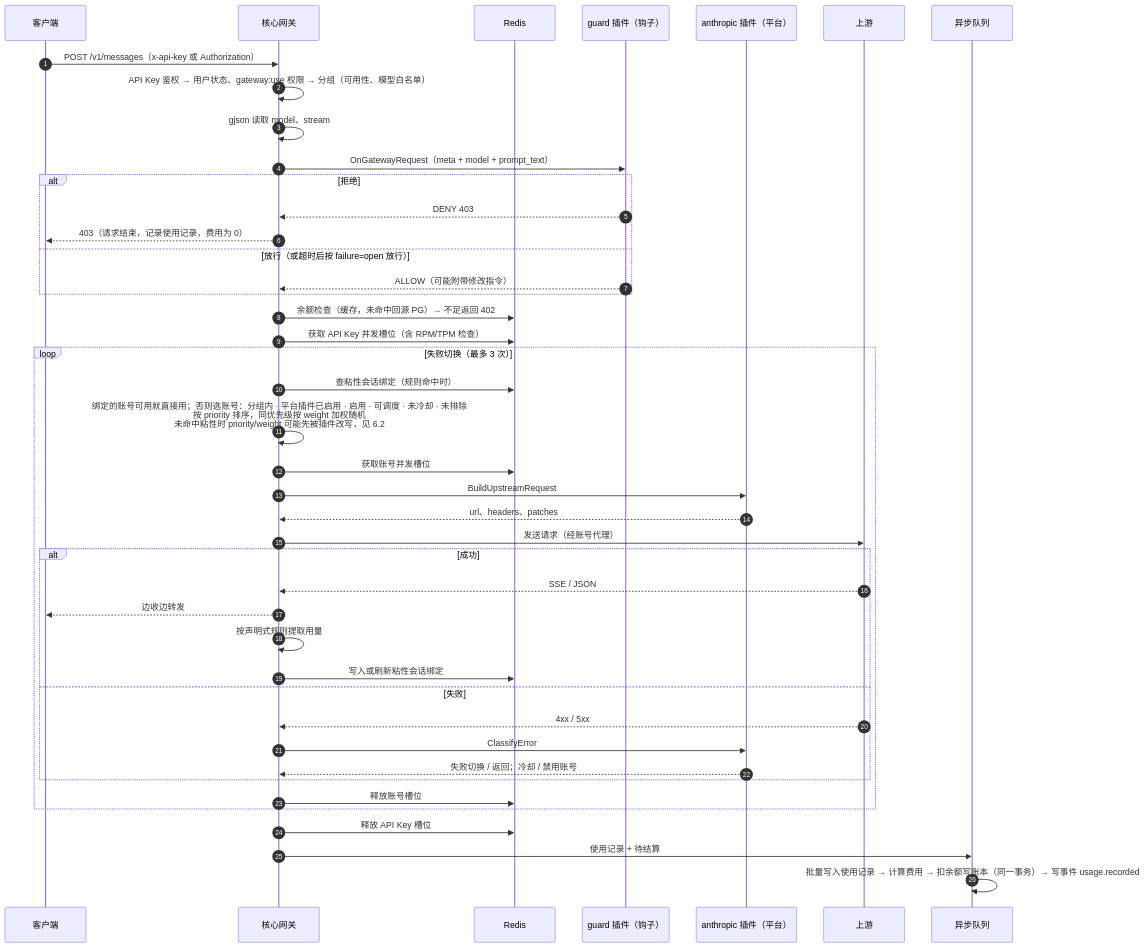
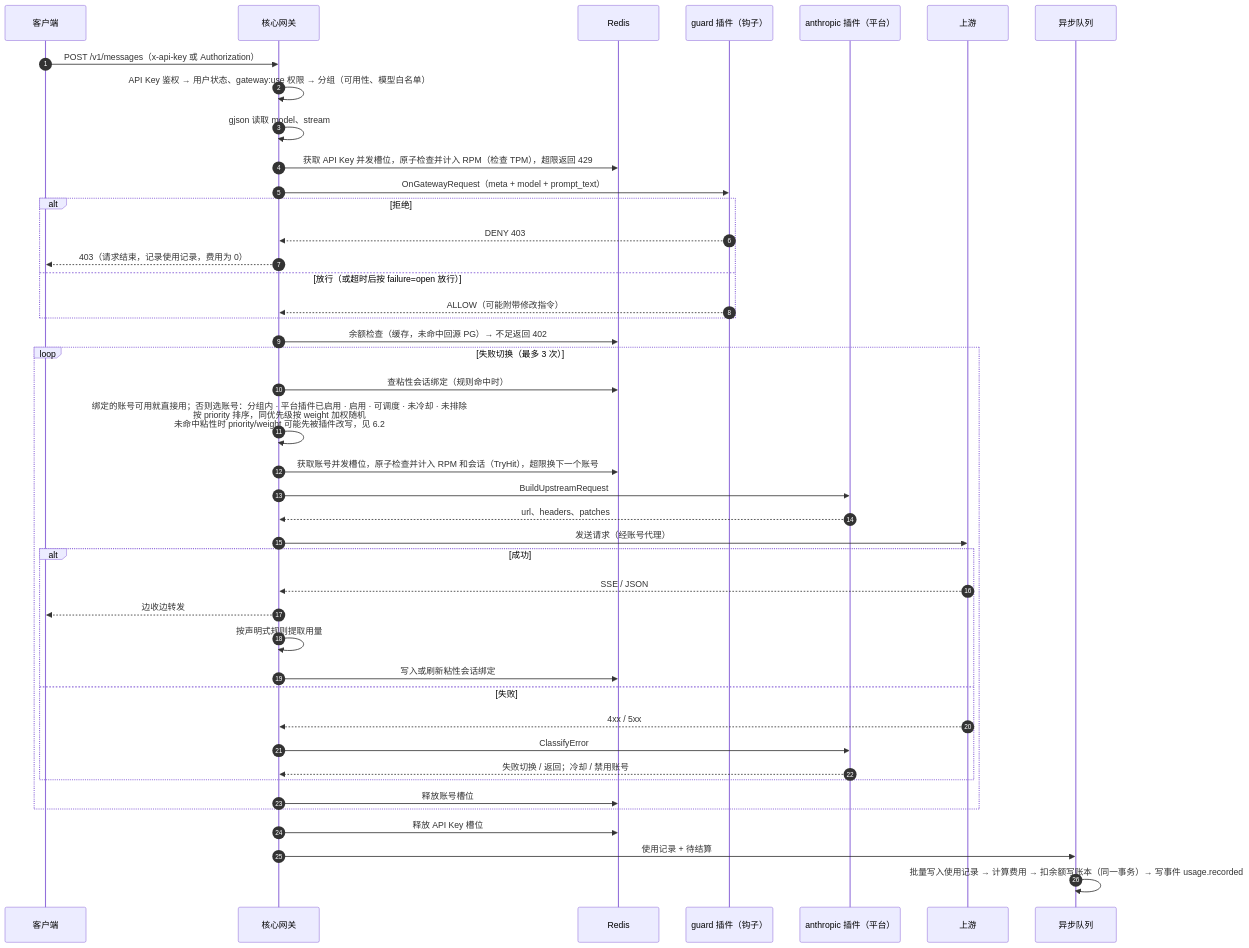
The eighth of 18 diagrams in next/docs/ARCHITECTURE.md (Sub2API-Devs/sup2api), drawn with Mermaid before and after one commit. The commit also changed other lines of this file and 4 other files, not shown here.

````diff
--- a/next/docs/ARCHITECTURE.md
+++ b/next/docs/ARCHITECTURE.md
@@ -684,46 +684,46 @@
 ```mermaid
 sequenceDiagram
   autonumber
   participant C as 客户端
   participant GW as 核心网关
   participant R as Redis
   participant H as guard 插件（钩子）
   participant P as anthropic 插件（平台）
   participant U as 上游
   participant Q as 异步队列
 
   C->>GW: POST /v1/messages（x-api-key 或 Authorization）
   GW->>GW: API Key 鉴权 → 用户状态、gateway:use 权限 → 分组（可用性、模型白名单）
   GW->>GW: gjson 读取 model、stream
+  GW->>R: 获取 API Key 并发槽位，原子检查并计入 RPM（检查 TPM），超限返回 429
   GW->>H: OnGatewayRequest（meta + model + prompt_text）
   alt 拒绝
     H-->>GW: DENY 403
     GW-->>C: 403（请求结束，记录使用记录，费用为 0）
   else 放行（或超时后按 failure=open 放行）
     H-->>GW: ALLOW（可能附带修改指令）
   end
   GW->>R: 余额检查（缓存，未命中回源 PG）→ 不足返回 402
-  GW->>R: 获取 API Key 并发槽位（含 RPM/TPM 检查）
   loop 失败切换（最多 3 次）
     GW->>R: 查粘性会话绑定（规则命中时）
     GW->>GW: 绑定的账号可用就直接用；否则选账号：分组内 · 平台插件已启用 · 启用 · 可调度 · 未冷却 · 未排除<br/>按 priority 排序，同优先级按 weight 加权随机<br/>未命中粘性时 priority/weight 可能先被插件改写，见 6.2
-    GW->>R: 获取账号并发槽位
+    GW->>R: 获取账号并发槽位，原子检查并计入 RPM 和会话（TryHit），超限换下一个账号
     GW->>P: BuildUpstreamRequest
     P-->>GW: url、headers、patches
     GW->>U: 发送请求（经账号代理）
     alt 成功
       U-->>GW: SSE / JSON
       GW-->>C: 边收边转发
       GW->>GW: 按声明式规则提取用量
       GW->>R: 写入或刷新粘性会话绑定
     else 失败
       U-->>GW: 4xx / 5xx
       GW->>P: ClassifyError
       P-->>GW: 失败切换 / 返回；冷却 / 禁用账号
     end
     GW->>R: 释放账号槽位
   end
   GW->>R: 释放 API Key 槽位
   GW->>Q: 使用记录 + 待结算
   Q->>Q: 批量写入使用记录 → 计算费用 → 扣余额写账本（同一事务）→ 写事件 usage.recorded
 ```
````
